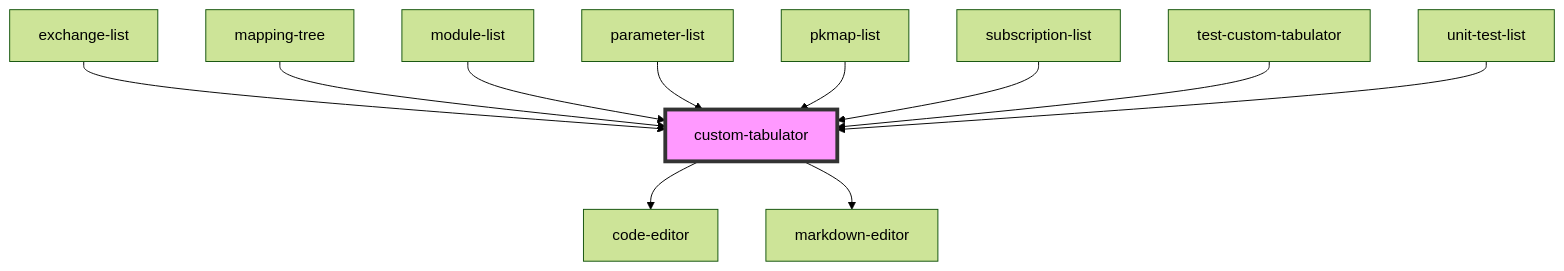
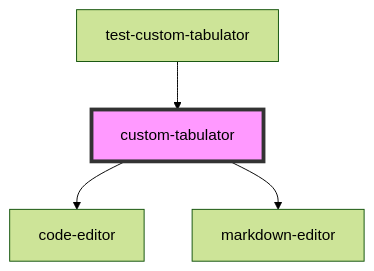
Before and after one commit to all41-dev/front.lib: the diagram in src/components/custom-tabulator/readme.md, drawn with Mermaid (forest theme). The commit also changed other lines of this file and 5 other files, not shown here.

````diff
--- a/src/components/custom-tabulator/readme.md
+++ b/src/components/custom-tabulator/readme.md
@@ -87,14 +80,7 @@
 ```mermaid
 graph TD;
   custom-tabulator --> code-editor
   custom-tabulator --> markdown-editor
-  exchange-list --> custom-tabulator
-  mapping-tree --> custom-tabulator
-  module-list --> custom-tabulator
-  parameter-list --> custom-tabulator
-  pkmap-list --> custom-tabulator
-  subscription-list --> custom-tabulator
   test-custom-tabulator --> custom-tabulator
-  unit-test-list --> custom-tabulator
   style custom-tabulator fill:#f9f,stroke:#333,stroke-width:4px
 ```
````
